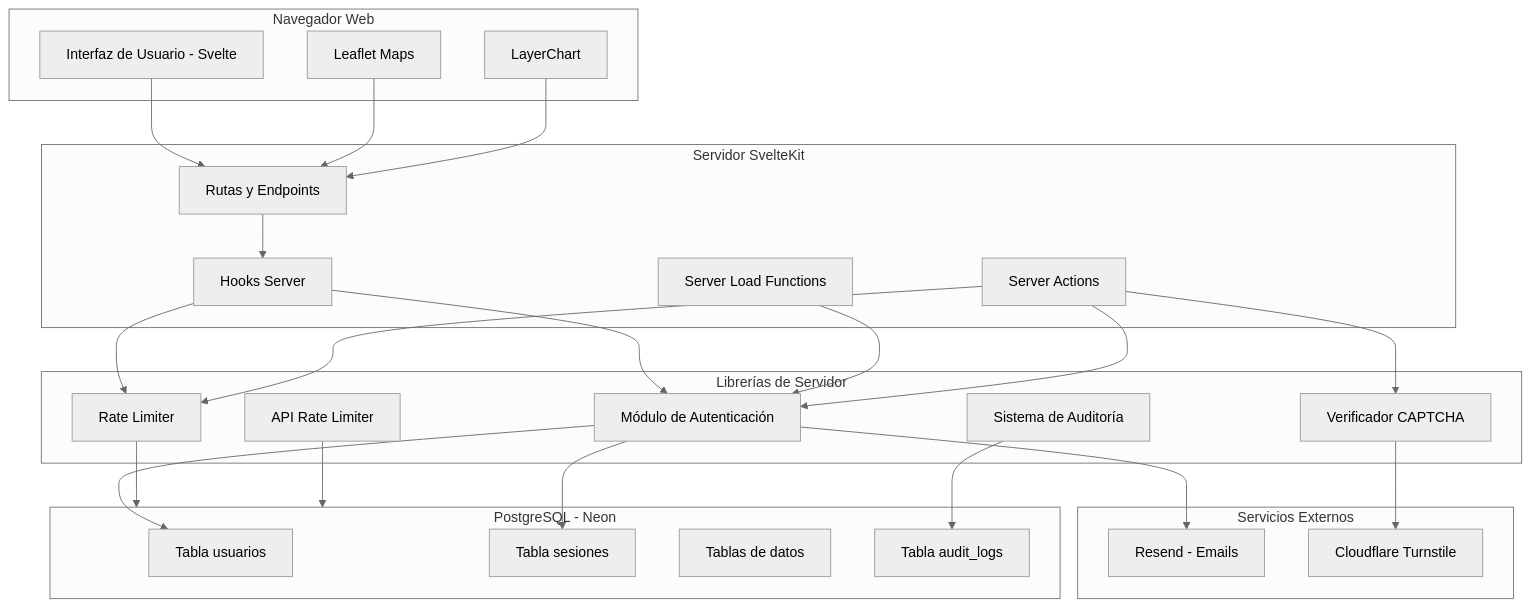
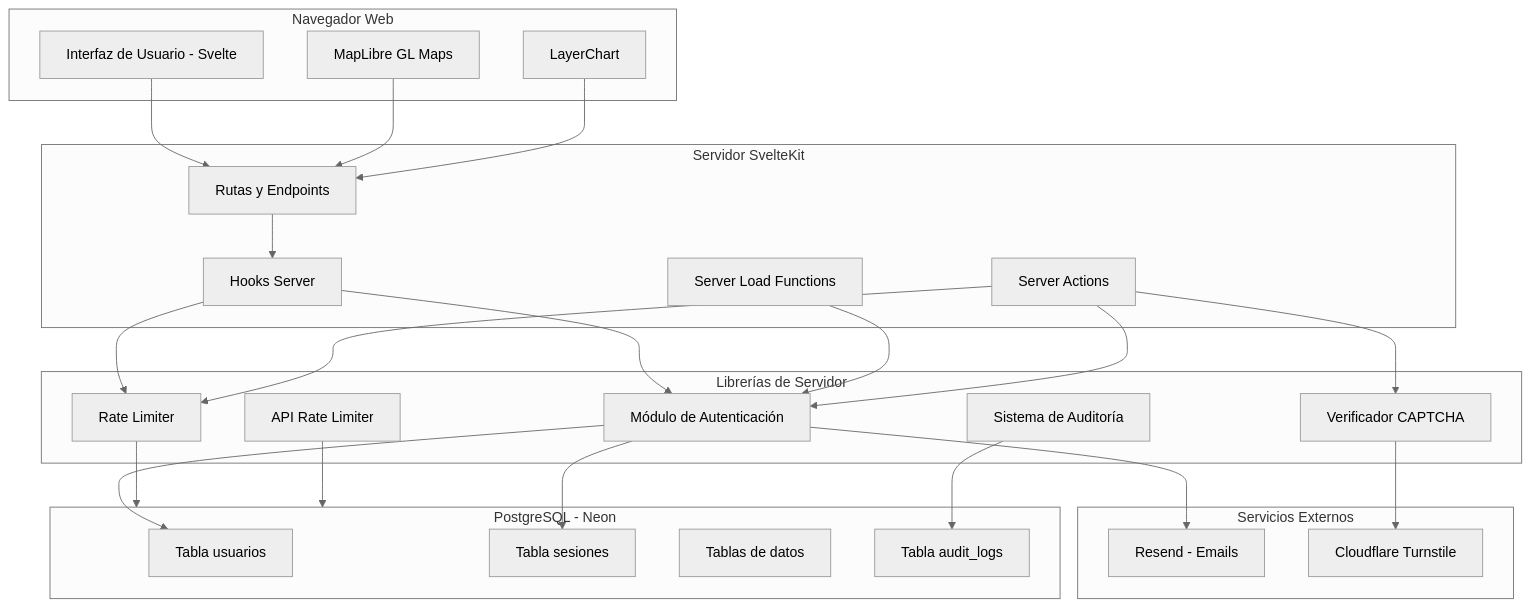
Before and after one commit to victorvidalv/idea-it-mytilusdata: the first of 11 diagrams in docs/architecture.md, drawn with Mermaid (neutral theme). The commit also changed other lines of this file and 20 other files, not shown here.

````diff
--- a/docs/architecture.md
+++ b/docs/architecture.md
@@ -7,57 +7,57 @@
 ```mermaid
 graph TB
     subgraph Cliente [Navegador Web]
         UI[Interfaz de Usuario - Svelte]
-        Maps[Leaflet Maps]
+        Maps[MapLibre GL Maps]
         Charts[LayerChart]
     end
 
     subgraph SvelteKit [Servidor SvelteKit]
         Hooks[Hooks Server]
         Routes[Rutas y Endpoints]
         ServerLoad[Server Load Functions]
         Actions[Server Actions]
     end
 
     subgraph ServerLib [Librerías de Servidor]
         Auth[Módulo de Autenticación]
         RateLimiter[Rate Limiter]
         ApiRateLimiter[API Rate Limiter]
         Captcha[Verificador CAPTCHA]
         Audit[Sistema de Auditoría]
     end
 
     subgraph Database [PostgreSQL - Neon]
         UsersTable[Tabla usuarios]
         SessionsTable[Tabla sesiones]
         DataTable[Tablas de datos]
         AuditTable[Tabla audit_logs]
     end
 
     subgraph External [Servicios Externos]
         Resend[Resend - Emails]
         Turnstile[Cloudflare Turnstile]
     end
 
     UI --> Routes
     Maps --> Routes
     Charts --> Routes
 
     Routes --> Hooks
     Hooks --> Auth
     Hooks --> RateLimiter
 
     ServerLoad --> Auth
     Actions --> Auth
     Actions --> RateLimiter
     Actions --> Captcha
 
     Auth --> UsersTable
     Auth --> SessionsTable
     Auth --> Resend
 
     RateLimiter --> Database
     ApiRateLimiter --> Database
     Captcha --> Turnstile
     Audit --> AuditTable
 ```
````
